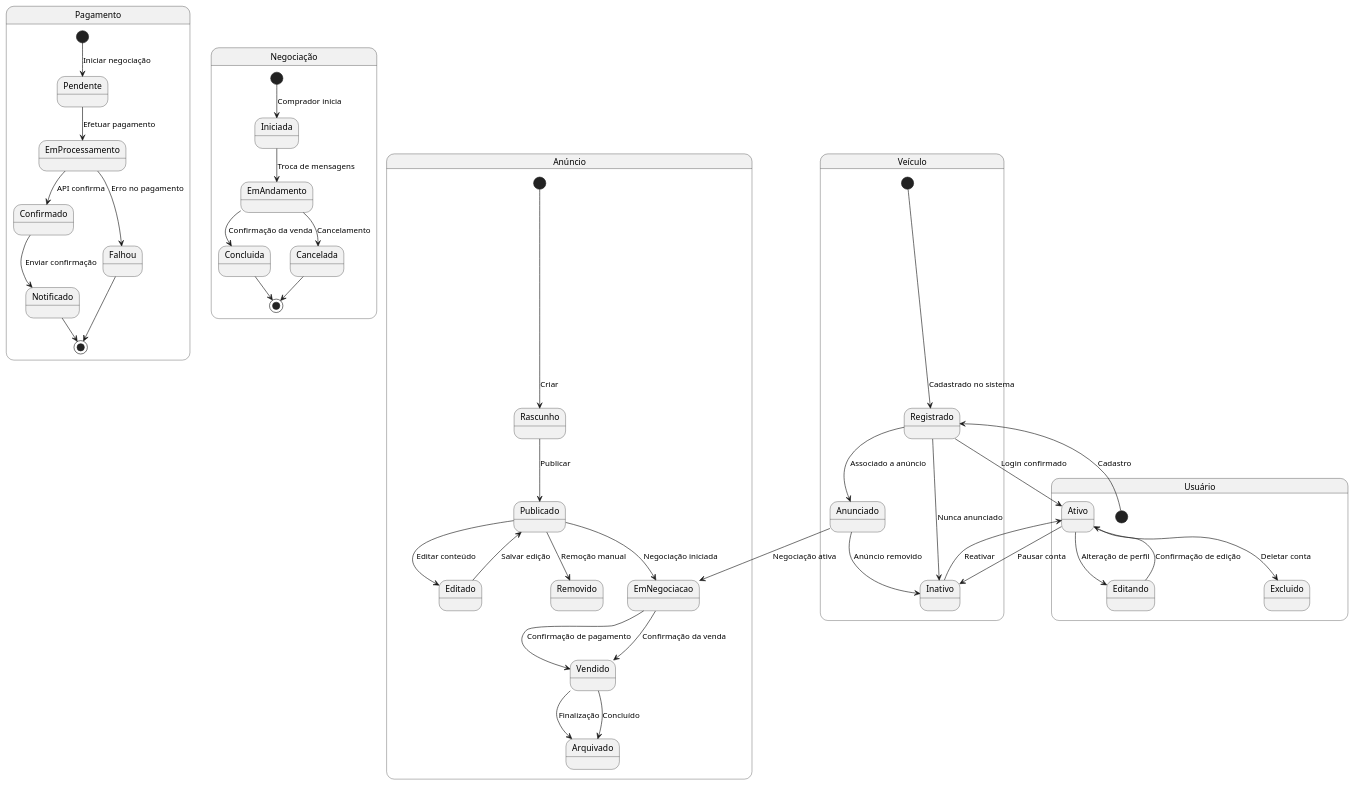
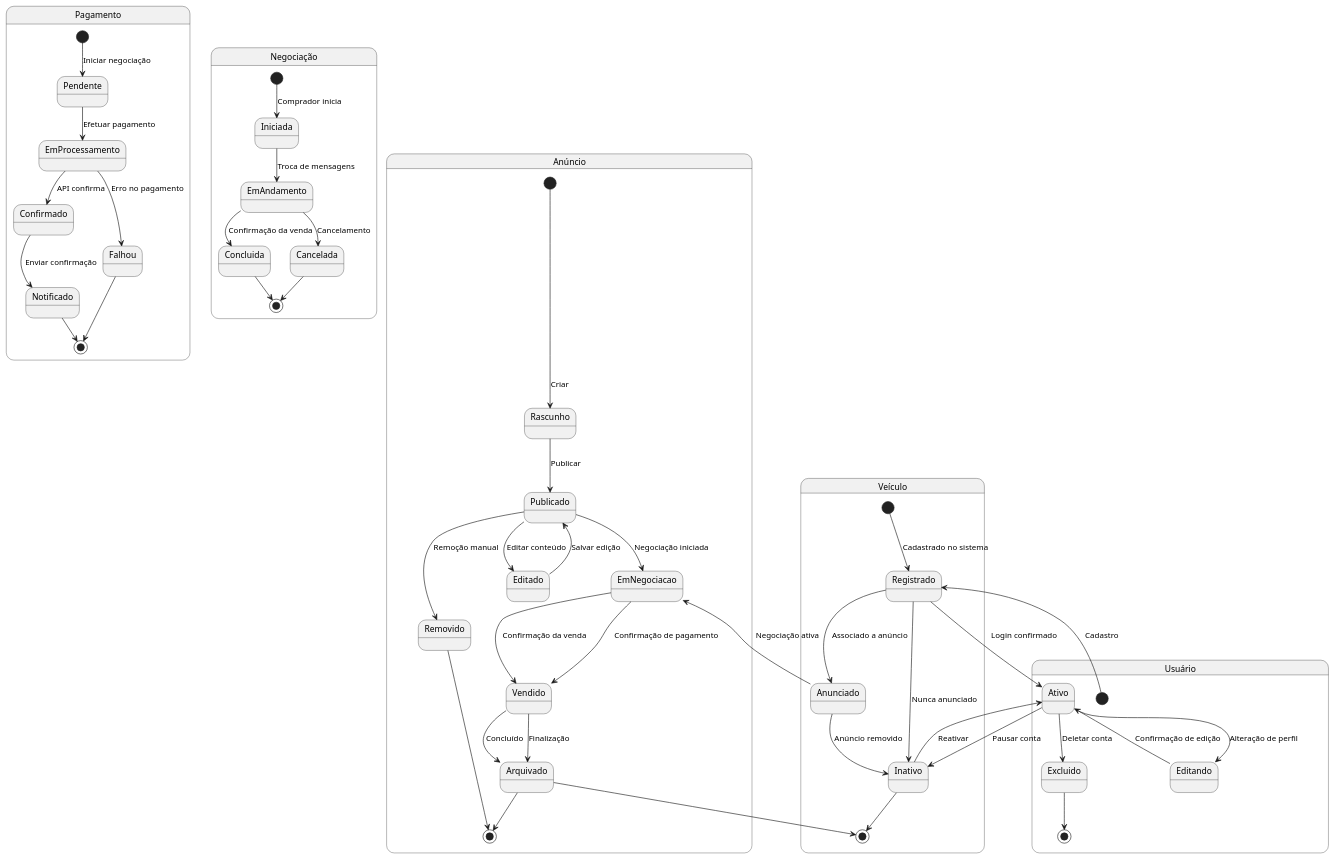
One commit to guilhermeoliveirateo/sistema-compra-venda-veiculos changed the diagram in diagrama_transicao_estado.md. Above: the diagram before and after it, drawn with PlantUML.

````diff
--- a/diagrama_transicao_estado.md
+++ b/diagrama_transicao_estado.md
@@ -3,63 +3,70 @@
 ```plantuml
-' ============================
+'' ============================
 ' Diagrama de estado do ANÚNCIO
 ' ============================
 state "Anúncio" as Anuncio {
   [*] --> Rascunho : Criar
   Rascunho --> Publicado : Publicar
   Publicado --> EmNegociacao : Negociação iniciada
   EmNegociacao --> Vendido : Confirmação de pagamento
   Vendido --> Arquivado : Finalização
+  Arquivado --> [*]
+
   Publicado --> Editado : Editar conteúdo
   Editado --> Publicado : Salvar edição
   Publicado --> Removido : Remoção manual
+  Removido --> [*]
 }
 
 ' ============================
 ' Diagrama de estado do VEÍCULO
 ' ============================
 state "Veículo" as Veiculo {
   [*] --> Registrado : Cadastrado no sistema
   Registrado --> Anunciado : Associado a anúncio
   Anunciado --> EmNegociacao : Negociação ativa
   EmNegociacao --> Vendido : Confirmação da venda
   Vendido --> Arquivado : Concluído
+  Arquivado --> [*]
+
   Registrado --> Inativo : Nunca anunciado
+  Inativo --> [*]
   Anunciado --> Inativo : Anúncio removido
 }
 
 ' ============================
 ' Diagrama de estado do USUÁRIO
 ' ============================
 state "Usuário" as Usuario {
   [*] --> Registrado : Cadastro
   Registrado --> Ativo : Login confirmado
   Ativo --> Editando : Alteração de perfil
   Editando --> Ativo : Confirmação de edição
   Ativo --> Inativo : Pausar conta
   Inativo --> Ativo : Reativar
   Ativo --> Excluido : Deletar conta
+  Excluido --> [*]
 }
 
 ' ================== Diagrama de Estado: Pagamento ==================
 state "Pagamento" as Pagamento {
   [*] --> Pendente : Iniciar negociação
   Pendente --> EmProcessamento : Efetuar pagamento
   EmProcessamento --> Confirmado : API confirma
   EmProcessamento --> Falhou : Erro no pagamento
   Confirmado --> Notificado : Enviar confirmação
   Notificado --> [*]
   Falhou --> [*]
 }
 
 ' ================== Diagrama de Estado: Negociação ==================
 state "Negociação" as Negociacao {
   [*] --> Iniciada : Comprador inicia
   Iniciada --> EmAndamento : Troca de mensagens
   EmAndamento --> Concluida : Confirmação da venda
   EmAndamento --> Cancelada : Cancelamento
   Concluida --> [*]
   Cancelada --> [*]
 }
 @enduml
 ```
````
